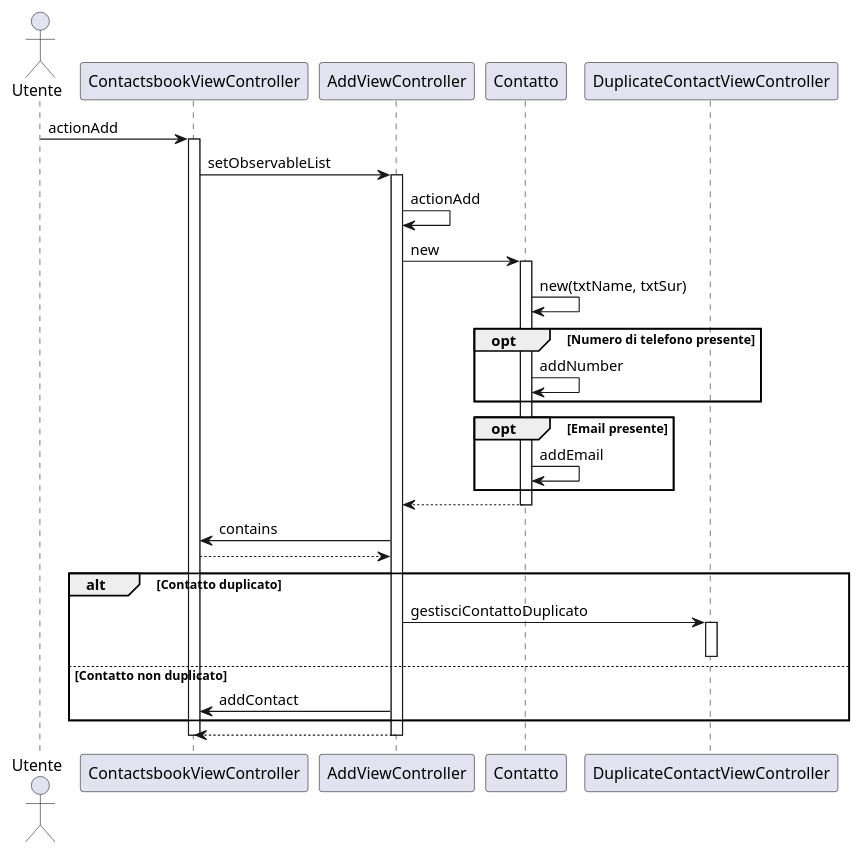
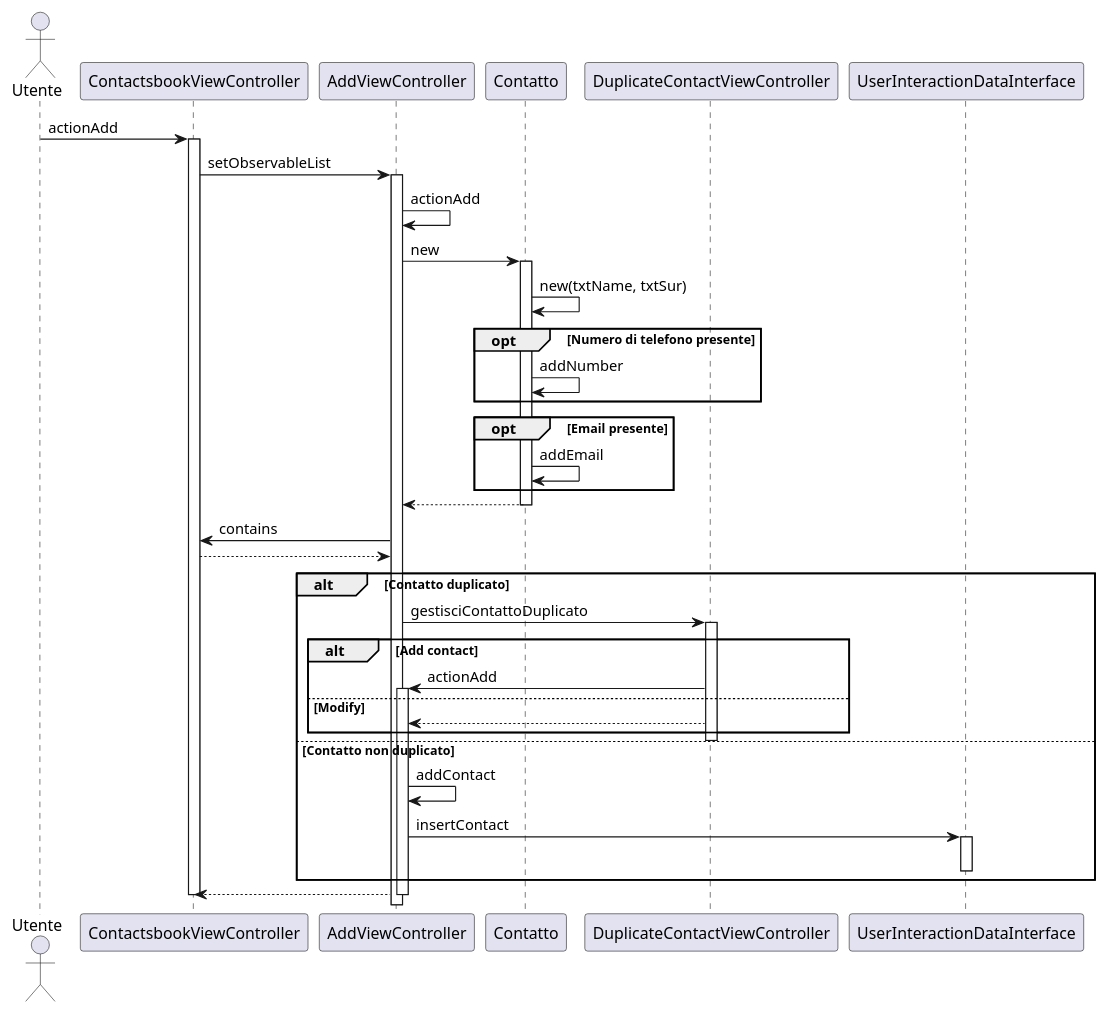
The diagram in src/main/resources/SequenceDiagrams/SequenceDiagramm_actionAdd.puml (CupoMeridio/Ingegneria-del-software-2024-2025), drawn with PlantUML before and after one commit. The commit also changed 1 other file, not shown here.

Commit message:
Sequence Diagram actionModify e actionAdd

```diff
--- a/src/main/resources/SequenceDiagrams/SequenceDiagramm_actionAdd.puml
+++ b/src/main/resources/SequenceDiagrams/SequenceDiagramm_actionAdd.puml
@@ -1,38 +1,47 @@
 @startuml
 actor Utente
 participant ContactsbookViewController
 participant AddViewController
 participant "Contatto" as Contact
 participant DuplicateContactViewController
-
+participant UserInteractionDataInterface
 
 Utente -> ContactsbookViewController: actionAdd
 activate ContactsbookViewController
 ContactsbookViewController->AddViewController: setObservableList
 activate AddViewController
 AddViewController -> AddViewController: actionAdd
 AddViewController -> Contact: new
 activate Contact
 Contact->Contact: new(txtName, txtSur)
 opt Numero di telefono presente
     Contact -> Contact: addNumber
 end
 opt Email presente
     Contact -> Contact: addEmail
 end
 Contact --> AddViewController
 deactivate Contact
 AddViewController->ContactsbookViewController: contains
 ContactsbookViewController-->AddViewController
 alt Contatto duplicato
     AddViewController -> DuplicateContactViewController: gestisciContattoDuplicato
     activate DuplicateContactViewController
+    alt Add contact
+        DuplicateContactViewController->AddViewController: actionAdd
+    activate AddViewController
+    else Modify
+        DuplicateContactViewController-->AddViewController
+    end
     deactivate DuplicateContactViewController 
 else Contatto non duplicato
-    AddViewController -> ContactsbookViewController: addContact
+    AddViewController -> AddViewController: addContact
+    AddViewController->UserInteractionDataInterface: insertContact
+    activate UserInteractionDataInterface
+    deactivate UserInteractionDataInterface
 end
 deactivate Contact
 AddViewController-->ContactsbookViewController
 deactivate AddViewController
 deactivate ContactsbookViewController
 @enduml 
```
